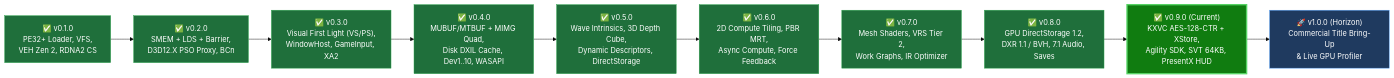
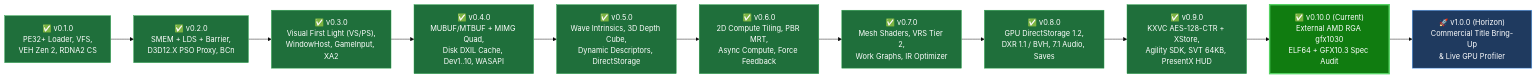
The first of 4 diagrams in README.md (Batushn/KestrelX), drawn with Mermaid (base theme) before and after one commit. The commit also changed other lines of this file and 37 other files, not shown here.

Commit message:
feat(gpu): validate AMDGPU ELF64 + 12 external AMD RGA gfx1030 kernels on Dual-GPU & GFX10.3 spec audit (70/70 PASS)

````diff
--- a/README.md
+++ b/README.md
@@ -80,26 +81,28 @@
 ```mermaid
 flowchart LR
     M1["✅ v0.1.0<br/>PE32+ Loader, VFS,<br/>VEH Zen 2, RDNA2 CS"]
     M2["✅ v0.2.0<br/>SMEM + LDS + Barrier,<br/>D3D12.X PSO Proxy, BCn"]
     M3["✅ v0.3.0<br/>Visual First Light (VS/PS),<br/>WindowHost, GameInput, XA2"]
     M4["✅ v0.4.0<br/>MUBUF/MTBUF + MIMG Quad,<br/>Disk DXIL Cache, Dev1..10, WASAPI"]
     M5["✅ v0.5.0<br/>Wave Intrinsics, 3D Depth Cube,<br/>Dynamic Descriptors, DirectStorage"]
     M6["✅ v0.6.0<br/>2D Compute Tiling, PBR MRT,<br/>Async Compute, Force Feedback"]
     M7["✅ v0.7.0<br/>Mesh Shaders, VRS Tier 2,<br/>Work Graphs, IR Optimizer"]
     M8["✅ v0.8.0<br/>GPU DirectStorage 1.2,<br/>DXR 1.1 / BVH, 7.1 Audio, Saves"]
-    M9["✅ v0.9.0 (Current)<br/>KXVC AES-128-CTR + XStore,<br/>Agility SDK, SVT 64KB, PresentX HUD"]
-    M10["🚀 v1.0.0 (Horizon)<br/>Commercial Title Bring-Up<br/>& Live GPU Profiler"]
+    M9["✅ v0.9.0<br/>KXVC AES-128-CTR + XStore,<br/>Agility SDK, SVT 64KB, PresentX HUD"]
+    M10["✅ v0.10.0 (Current)<br/>External AMD RGA gfx1030<br/>ELF64 + GFX10.3 Spec Audit"]
+    M11["🚀 v1.0.0 (Horizon)<br/>Commercial Title Bring-Up<br/>& Live GPU Profiler"]
 
-    M1 --> M2 --> M3 --> M4 --> M5 --> M6 --> M7 --> M8 --> M9 --> M10
+    M1 --> M2 --> M3 --> M4 --> M5 --> M6 --> M7 --> M8 --> M9 --> M10 --> M11
 
     style M1 fill:#1f6f3b,stroke:#2ea44f,color:#fff
     style M2 fill:#1f6f3b,stroke:#2ea44f,color:#fff
     style M3 fill:#1f6f3b,stroke:#2ea44f,color:#fff
     style M4 fill:#1f6f3b,stroke:#2ea44f,color:#fff
     style M5 fill:#1f6f3b,stroke:#2ea44f,color:#fff
     style M6 fill:#1f6f3b,stroke:#2ea44f,color:#fff
     style M7 fill:#1f6f3b,stroke:#2ea44f,color:#fff
     style M8 fill:#1f6f3b,stroke:#2ea44f,color:#fff
-    style M9 fill:#107c10,stroke:#56d364,stroke-width:3px,color:#fff
-    style M10 fill:#1f3a5f,stroke:#58a6ff,color:#fff
+    style M9 fill:#1f6f3b,stroke:#2ea44f,color:#fff
+    style M10 fill:#107c10,stroke:#56d364,stroke-width:3px,color:#fff
+    style M11 fill:#1f3a5f,stroke:#58a6ff,color:#fff
 ```
````
